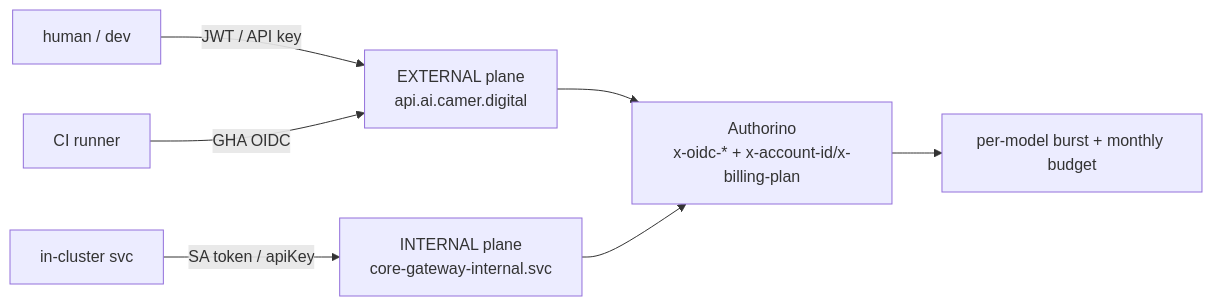
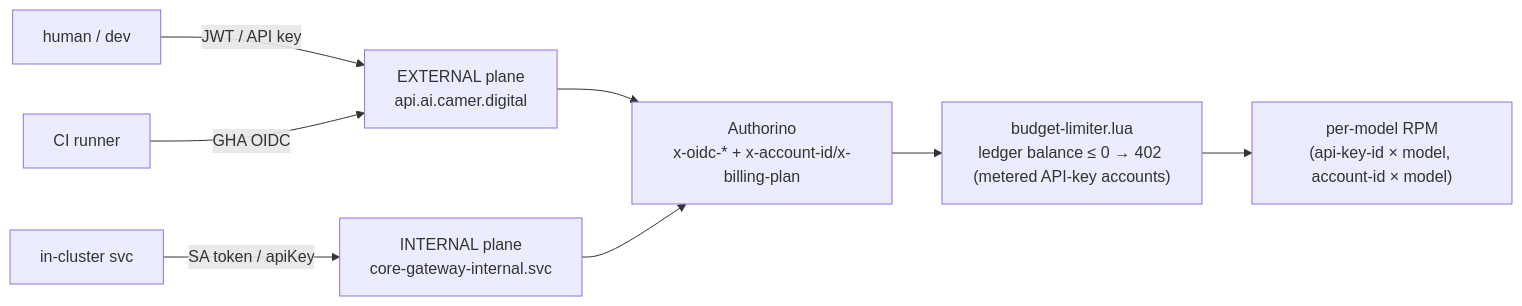
The fifth of 7 diagrams in docs/architecture.md (ADORSYS-GIS/ai-helm), drawn with Mermaid before and after one commit. The commit also changed other lines of this file and 8 other files, not shown here.

````diff
--- a/docs/architecture.md
+++ b/docs/architecture.md
@@ -130,9 +130,10 @@
 ```mermaid
 flowchart LR
     H["human / dev"] -->|JWT / API key| EXT["EXTERNAL plane<br/>api.ai.camer.digital"]
     CI["CI runner"] -->|GHA OIDC| EXT
     SVC["in-cluster svc"] -->|SA token / apiKey| INT["INTERNAL plane<br/>core-gateway-internal.svc"]
     EXT --> A["Authorino<br/>x-oidc-* + x-account-id/x-billing-plan"]
     INT --> A
-    A --> RL["per-model burst + monthly budget"]
+    A --> BL["budget-limiter.lua<br/>ledger balance ≤ 0 → 402 (metered API-key accounts)"]
+    BL --> RL["per-model RPM<br/>(api-key-id × model, account-id × model)"]
 ```
````
